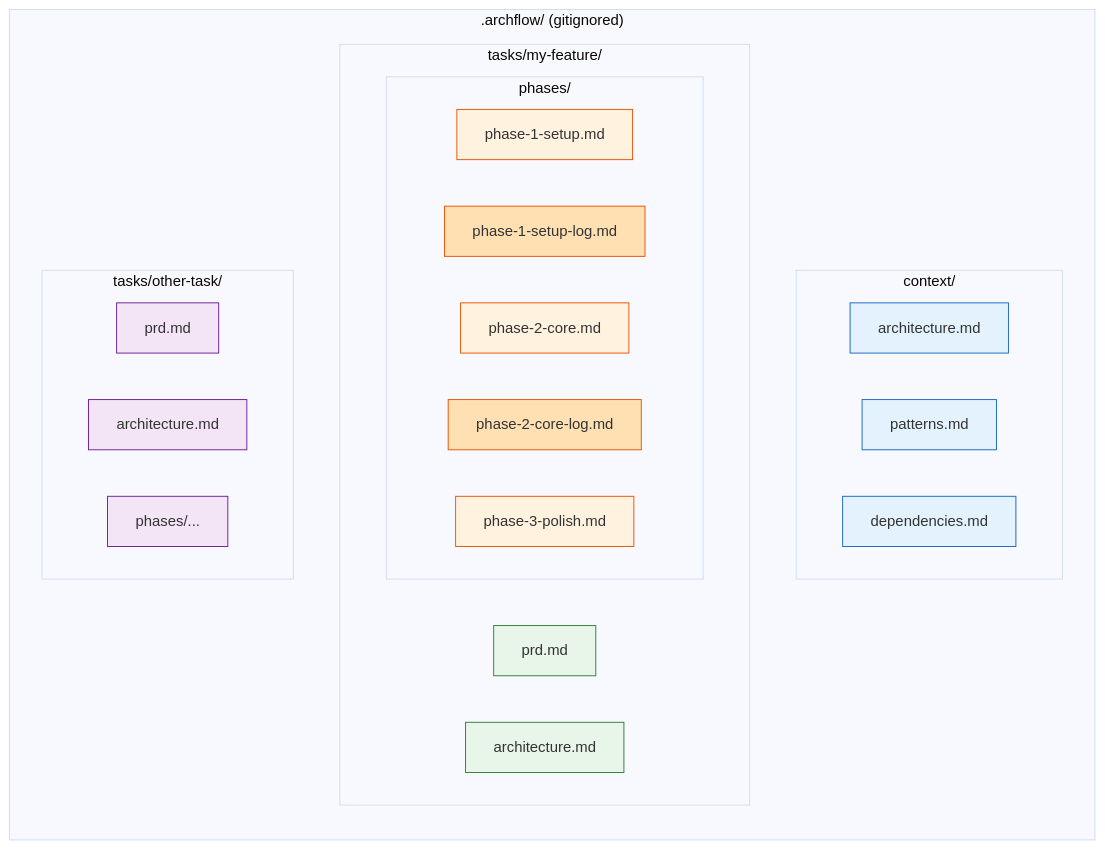
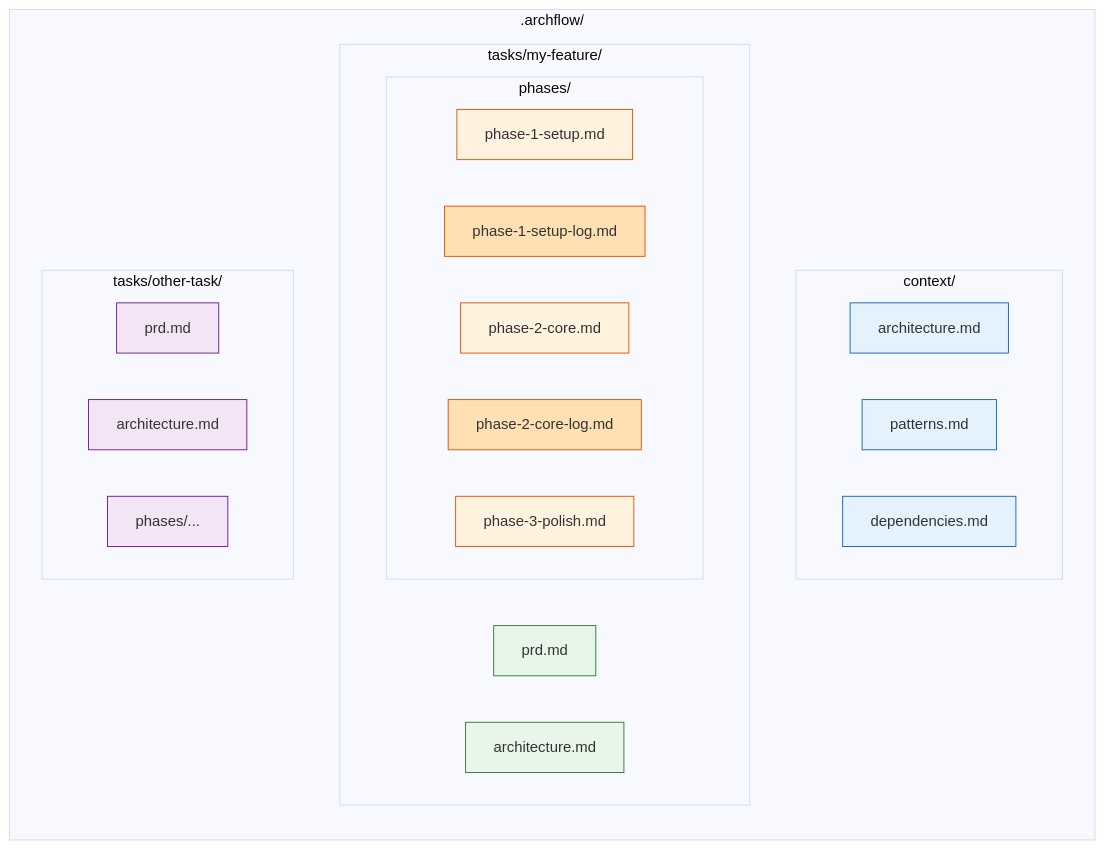
Before and after one commit to Aroton/ArchflowV2: the third of 12 diagrams in docs/archflow-process.md, drawn with Mermaid (base theme). The commit also changed other lines of this file and 6 other files, not shown here.

First line of the commit message:
Align commands with process doc, add sub-agent efficiency, verification flow, and inter-phase learning

````diff
--- a/docs/archflow-process.md
+++ b/docs/archflow-process.md
@@ -47,40 +47,40 @@
 ```mermaid
 flowchart LR
-    subgraph ".archflow/ (gitignored)"
+    subgraph ".archflow/"
         subgraph "context/"
             A1[architecture.md]
             A2[patterns.md]
             A3[dependencies.md]
         end
         subgraph "tasks/my-feature/"
             B1[prd.md]
             B2[architecture.md]
             subgraph "phases/"
                 C1[phase-1-setup.md]
                 C1L[phase-1-setup-log.md]
                 C2[phase-2-core.md]
                 C2L[phase-2-core-log.md]
                 C3[phase-3-polish.md]
             end
         end
         subgraph "tasks/other-task/"
             D1[prd.md]
             D2[architecture.md]
             D3[phases/...]
         end
     end
 
     style A1 fill:#e3f2fd,stroke:#1565c0
     style A2 fill:#e3f2fd,stroke:#1565c0
     style A3 fill:#e3f2fd,stroke:#1565c0
     style B1 fill:#e8f5e9,stroke:#2e7d32
     style B2 fill:#e8f5e9,stroke:#2e7d32
     style C1 fill:#fff3e0,stroke:#e65100
     style C1L fill:#ffe0b2,stroke:#e65100
     style C2 fill:#fff3e0,stroke:#e65100
     style C2L fill:#ffe0b2,stroke:#e65100
     style C3 fill:#fff3e0,stroke:#e65100
     style D1 fill:#f3e5f5,stroke:#6a1b9a
     style D2 fill:#f3e5f5,stroke:#6a1b9a
     style D3 fill:#f3e5f5,stroke:#6a1b9a
 ```
````
